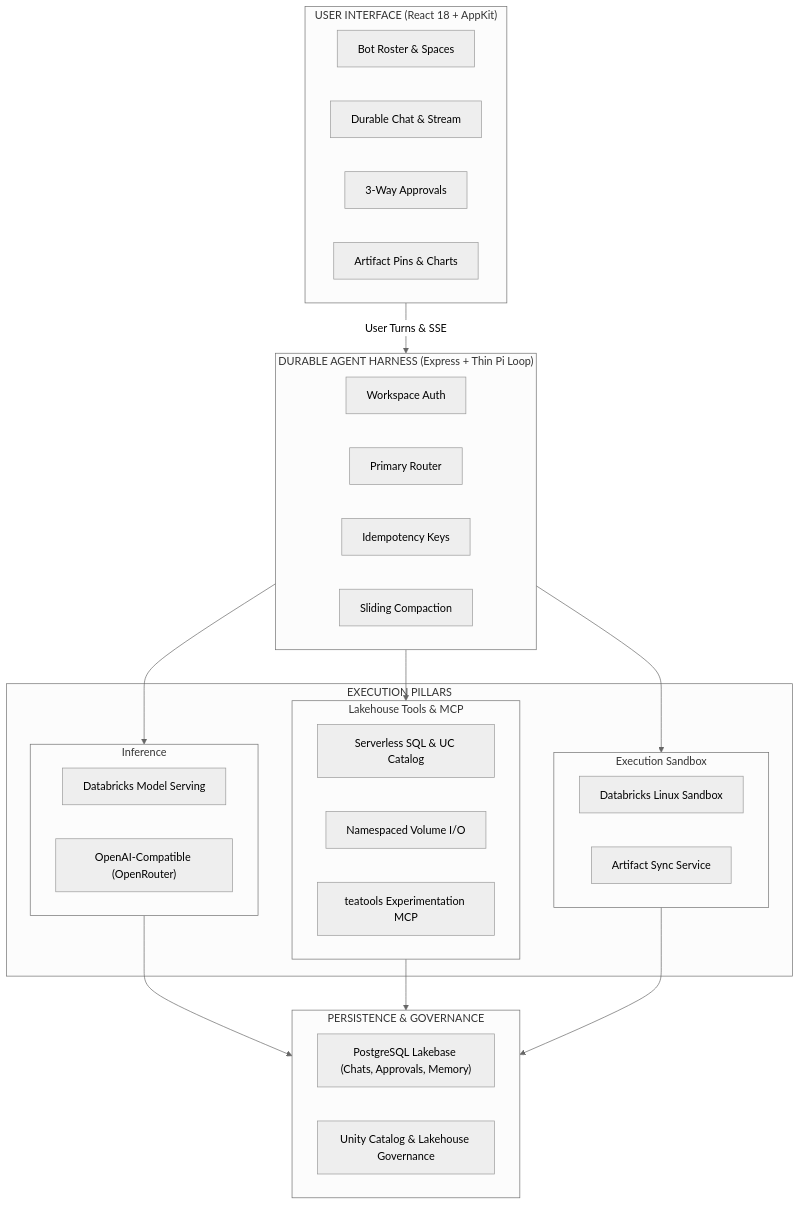
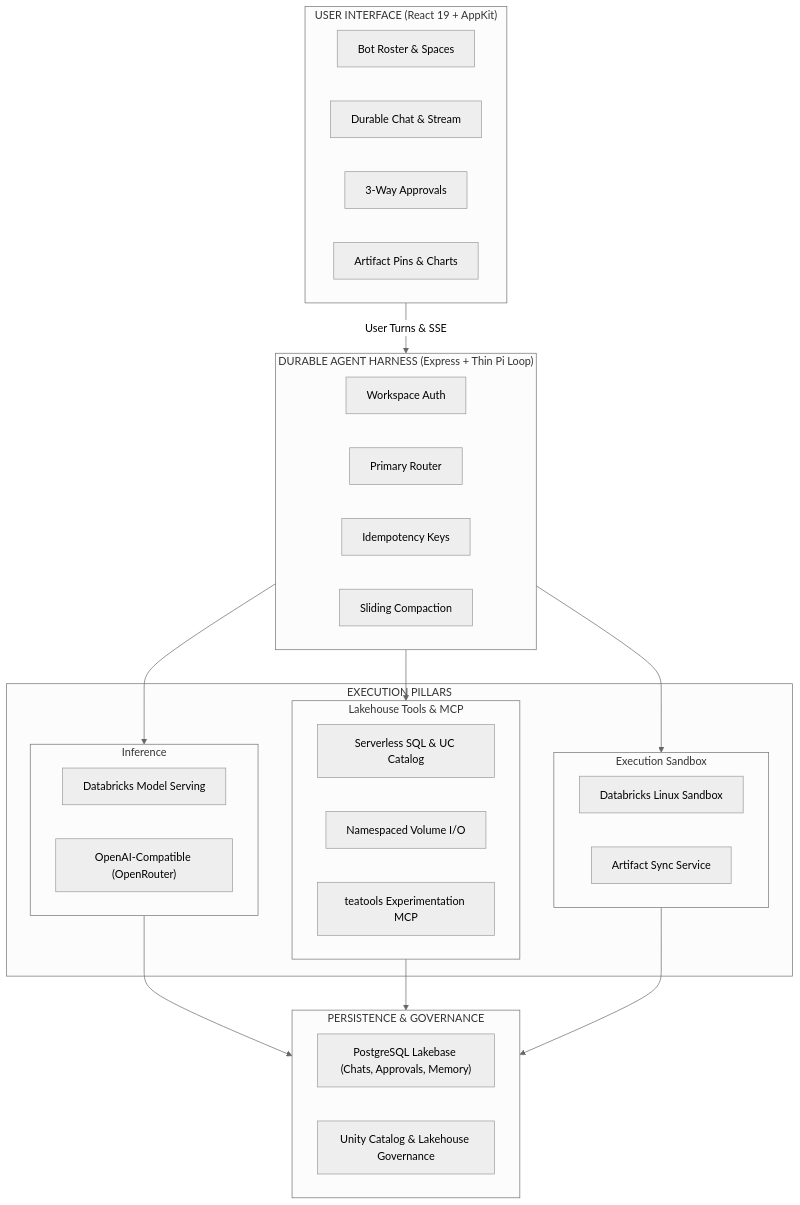
One commit to matheusbuniotto/bricksbot changed the diagram in README.md. Above: the diagram before and after it, drawn with Mermaid (neutral theme). The commit also changed other lines of this file and 4 other files, not shown here.

````diff
--- a/README.md
+++ b/README.md
@@ -44,47 +44,47 @@
 ```mermaid
 flowchart TD
-  subgraph UI ["USER INTERFACE (React 18 + AppKit)"]
+  subgraph UI ["USER INTERFACE (React 19 + AppKit)"]
     direction LR
     U1["Bot Roster & Spaces"]
     U2["Durable Chat & Stream"]
     U3["3-Way Approvals"]
     U4["Artifact Pins & Charts"]
   end
 
   subgraph Gateway ["DURABLE AGENT HARNESS (Express + Thin Pi Loop)"]
     direction LR
     G1["Workspace Auth"]
     G2["Primary Router"]
     G3["Idempotency Keys"]
     G4["Sliding Compaction"]
   end
 
   subgraph Execution ["EXECUTION PILLARS"]
     subgraph M ["Inference"]
       M1["Databricks Model Serving"]
       M2["OpenAI-Compatible (OpenRouter)"]
     end
     subgraph T ["Lakehouse Tools & MCP"]
       T1["Serverless SQL & UC Catalog"]
       T2["Namespaced Volume I/O"]
       T3["teatools Experimentation MCP"]
     end
     subgraph S ["Execution Sandbox"]
       S1["Databricks Linux Sandbox"]
       S2["Artifact Sync Service"]
     end
   end
 
   subgraph Storage ["PERSISTENCE & GOVERNANCE"]
     D1["PostgreSQL Lakebase (Chats, Approvals, Memory)"]
     D2["Unity Catalog & Lakehouse Governance"]
   end
 
   UI -->|"User Turns & SSE"| Gateway
   Gateway --> M
   Gateway --> T
   Gateway --> S
   M --> Storage
   T --> Storage
   S --> Storage
 ```
````
